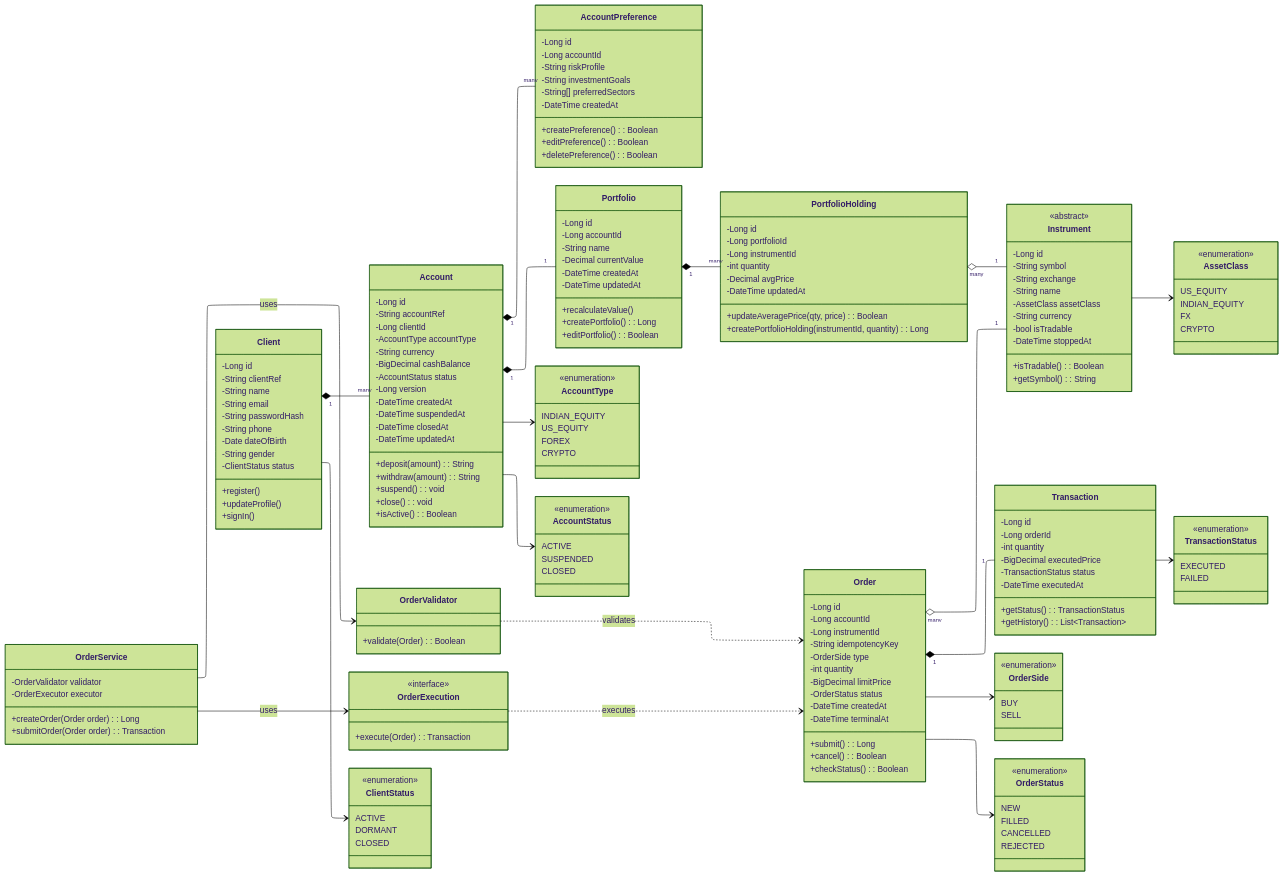
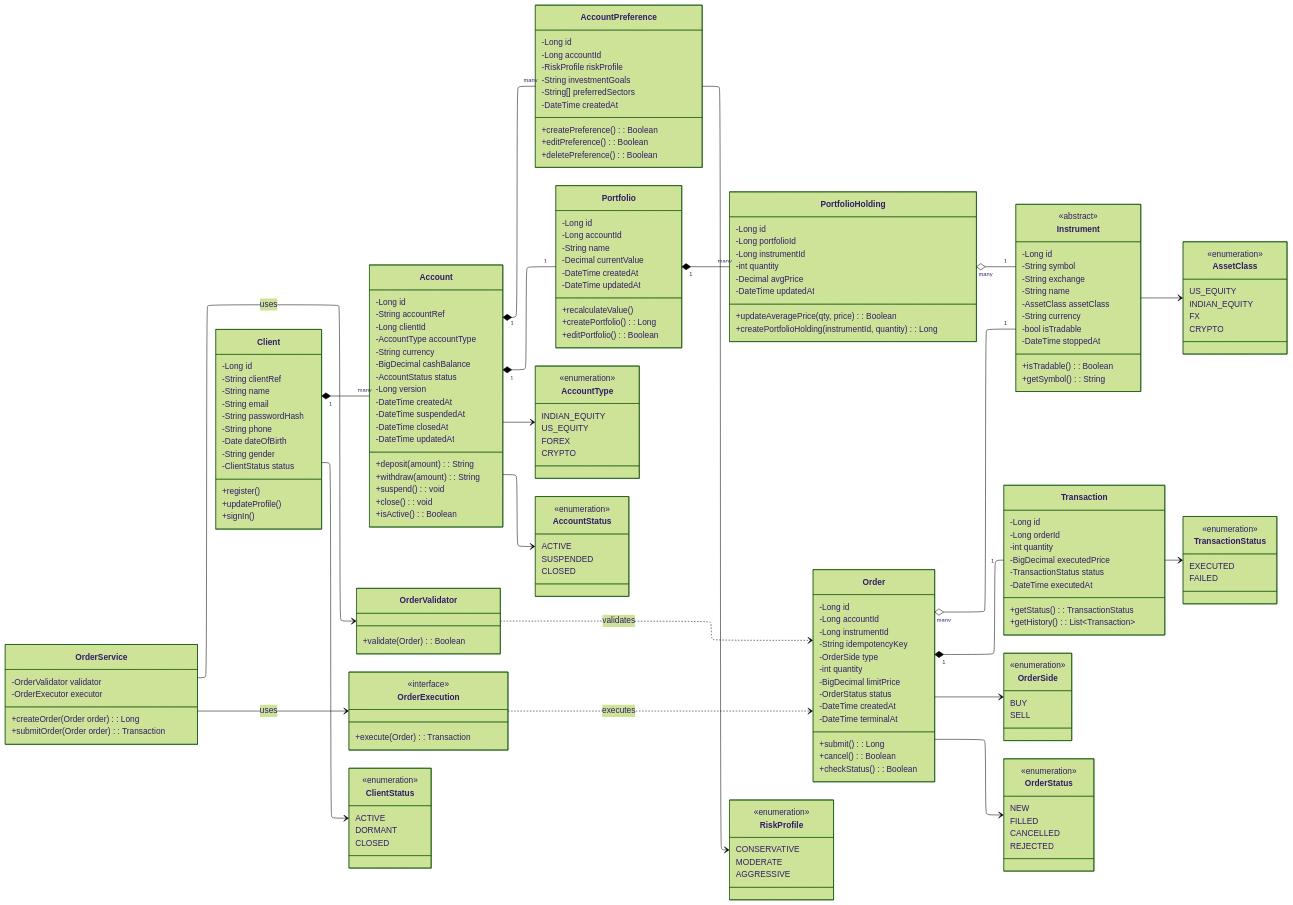
One commit to IM-RAHUL-RAJ/k8s-solution changed the diagram in backend/design/class_diagram.mmd. Above: the diagram before and after it, drawn with Mermaid (forest theme). The commit also changed 4 other files, not shown here.

```diff
--- a/backend/design/class_diagram.mmd
+++ b/backend/design/class_diagram.mmd
@@ -45,7 +45,7 @@
     class AccountPreference {
         -Long id
         -Long accountId
-        -String riskProfile
+        -RiskProfile riskProfile
         -String investmentGoals
         -String[] preferredSectors
         -DateTime createdAt
@@ -190,6 +190,13 @@
         FAILED
     }
 
+    class RiskProfile {
+        <<enumeration>>
+        CONSERVATIVE
+        MODERATE
+        AGGRESSIVE
+    }
+
     %% Relationships
 
     OrderExecution ..> Order : executes
@@ -208,6 +215,7 @@
     Client --> ClientStatus
     Account --> AccountType
     Account --> AccountStatus
+    AccountPreference --> RiskProfile
     Instrument --> AssetClass
     Order --> OrderSide
     Order --> OrderStatus
```
